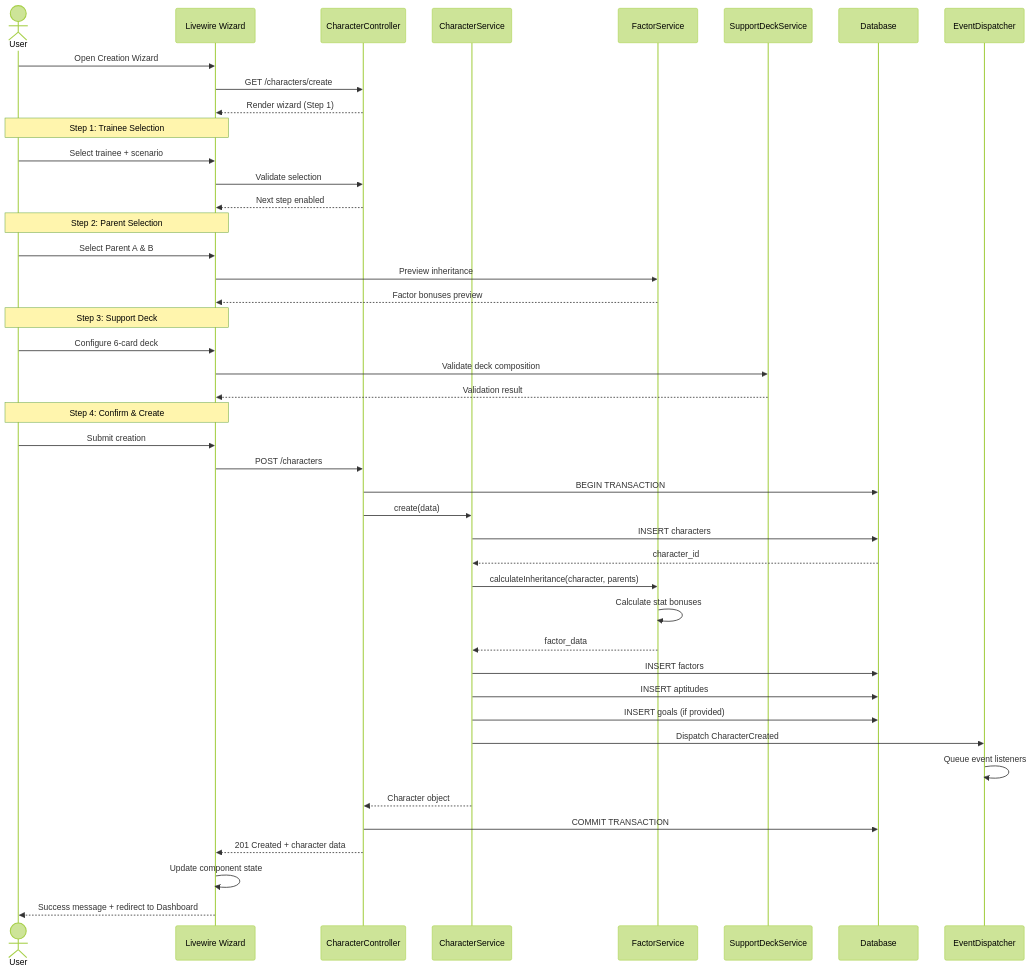
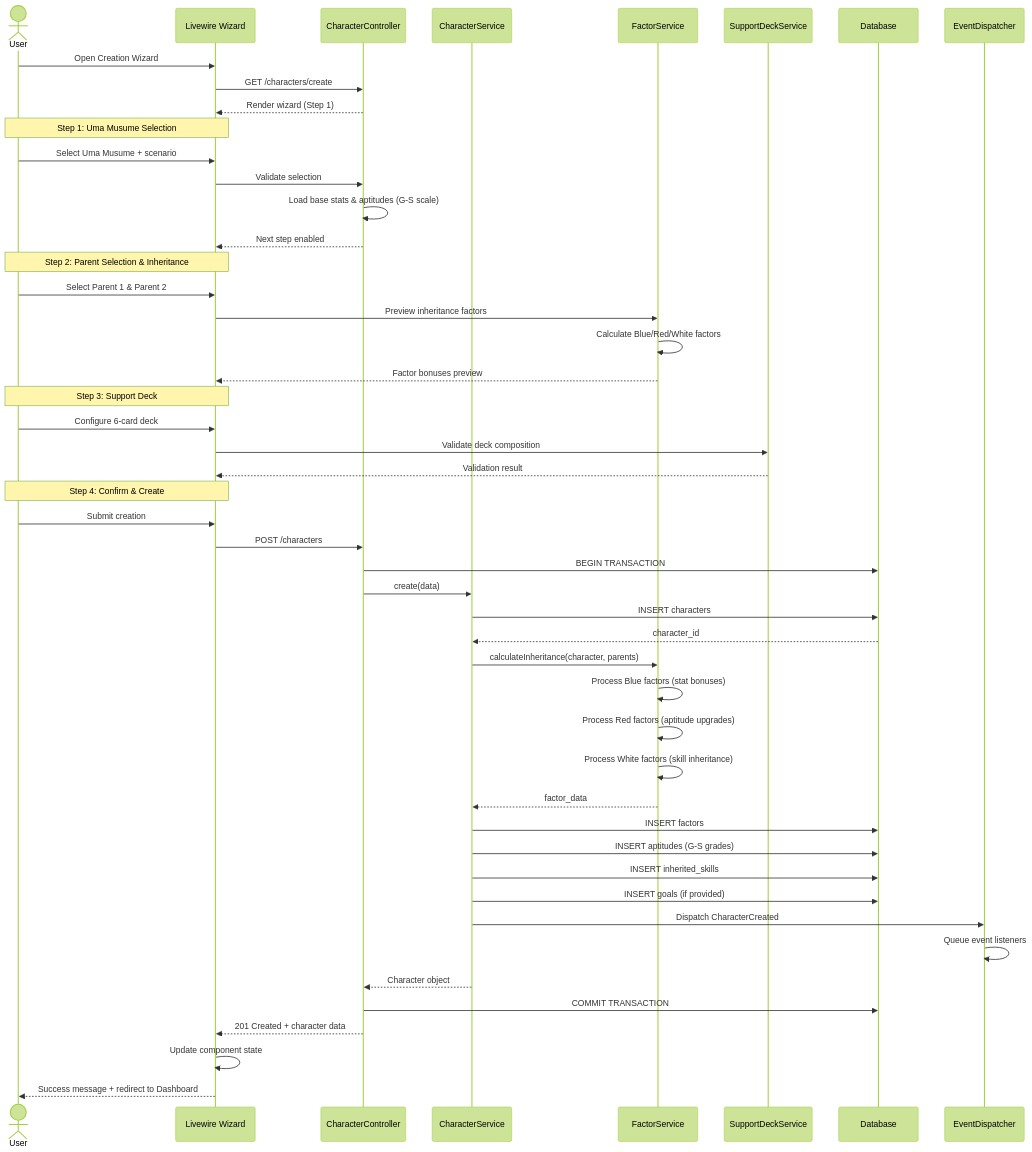
One commit to exatfrds67/umamusume-career-planner changed the first of 4 diagrams in docs/01-sequences/SEQ-001_Character_Creation_Sequence.md. Above: the diagram before and after it, drawn with Mermaid (forest theme). The commit also changed other lines of this file and 313 other files, not shown here.

````diff
--- a/docs/01-sequences/SEQ-001_Character_Creation_Sequence.md
+++ b/docs/01-sequences/SEQ-001_Character_Creation_Sequence.md
@@ -110,59 +170,64 @@
 ```mermaid
 sequenceDiagram
     actor User
     participant UI as Livewire Wizard
     participant Controller as CharacterController
     participant CharSvc as CharacterService
     participant FactorSvc as FactorService
     participant DeckSvc as SupportDeckService
     participant DB as Database
     participant Events as EventDispatcher
 
     User->>UI: Open Creation Wizard
     UI->>Controller: GET /characters/create
     Controller-->>UI: Render wizard (Step 1)
     
-    Note over UI,User: Step 1: Trainee Selection
-    User->>UI: Select trainee + scenario
+    Note over UI,User: Step 1: Uma Musume Selection
+    User->>UI: Select Uma Musume + scenario
     UI->>Controller: Validate selection
+    Controller->>Controller: Load base stats & aptitudes (G-S scale)
     Controller-->>UI: Next step enabled
     
-    Note over UI,User: Step 2: Parent Selection
-    User->>UI: Select Parent A & B
-    UI->>FactorSvc: Preview inheritance
+    Note over UI,User: Step 2: Parent Selection & Inheritance
+    User->>UI: Select Parent 1 & Parent 2
+    UI->>FactorSvc: Preview inheritance factors
+    FactorSvc->>FactorSvc: Calculate Blue/Red/White factors
     FactorSvc-->>UI: Factor bonuses preview
     
     Note over UI,User: Step 3: Support Deck
     User->>UI: Configure 6-card deck
     UI->>DeckSvc: Validate deck composition
     DeckSvc-->>UI: Validation result
     
     Note over UI,User: Step 4: Confirm & Create
     User->>UI: Submit creation
     UI->>Controller: POST /characters
     
     Controller->>DB: BEGIN TRANSACTION
     
     Controller->>CharSvc: create(data)
     CharSvc->>DB: INSERT characters
     DB-->>CharSvc: character_id
     
     CharSvc->>FactorSvc: calculateInheritance(character, parents)
-    FactorSvc->>FactorSvc: Calculate stat bonuses
+    FactorSvc->>FactorSvc: Process Blue factors (stat bonuses)
+    FactorSvc->>FactorSvc: Process Red factors (aptitude upgrades)
+    FactorSvc->>FactorSvc: Process White factors (skill inheritance)
     FactorSvc-->>CharSvc: factor_data
     
     CharSvc->>DB: INSERT factors
-    CharSvc->>DB: INSERT aptitudes
+    CharSvc->>DB: INSERT aptitudes (G-S grades)
+    CharSvc->>DB: INSERT inherited_skills
     CharSvc->>DB: INSERT goals (if provided)
     
     CharSvc->>Events: Dispatch CharacterCreated
     Events->>Events: Queue event listeners
     
     CharSvc-->>Controller: Character object
     
     Controller->>DB: COMMIT TRANSACTION
     
     Controller-->>UI: 201 Created + character data
     UI->>UI: Update component state
     UI-->>User: Success message + redirect to Dashboard
 ```
````
